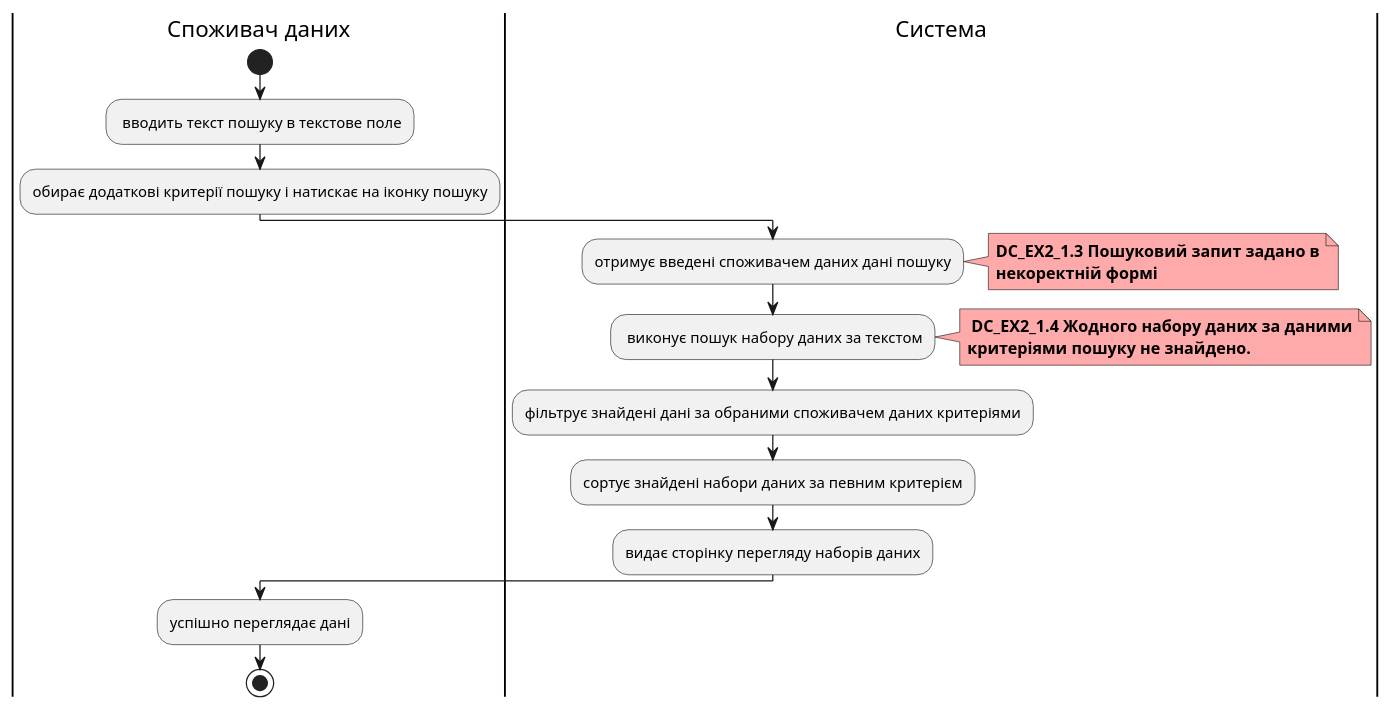
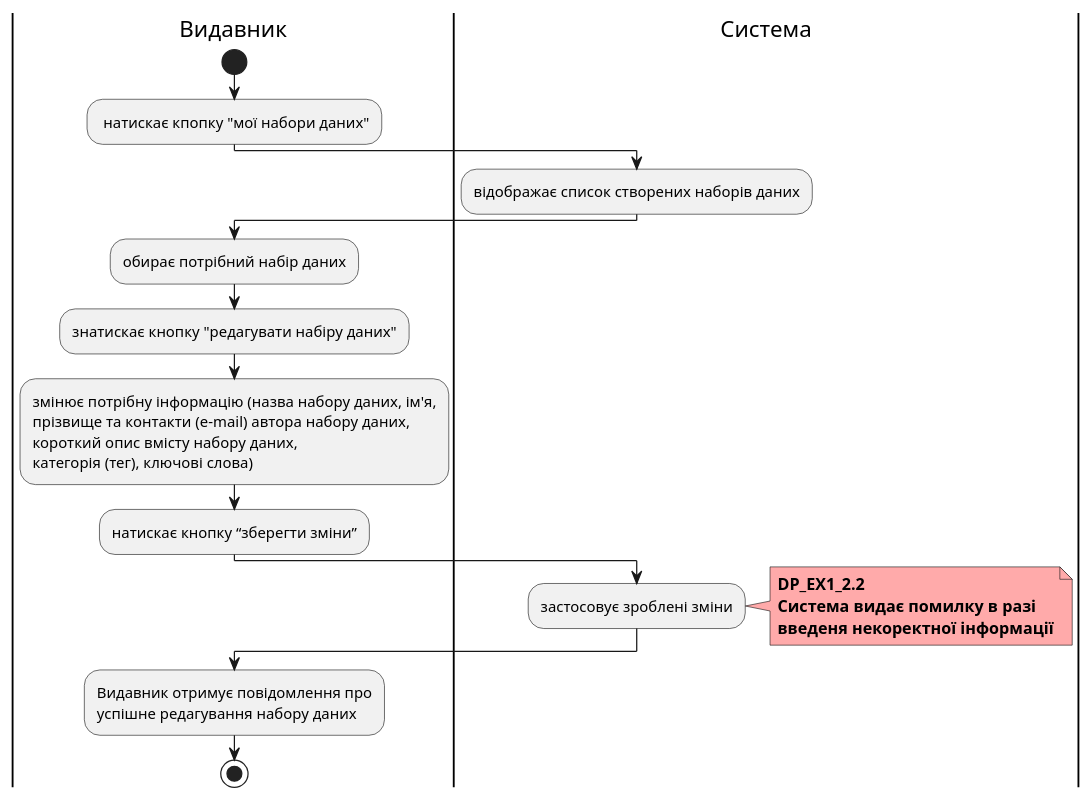
One commit to boldak/edu-db-cw changed the second of 8 diagrams in docs/use cases/DataPublisher.md. Above: the diagram before and after it, drawn with PlantUML. The commit also changed other lines of this file and 1 other file, not shown here.

```diff
--- a/docs/use cases/DataPublisher.md
+++ b/docs/use cases/DataPublisher.md
@@ -173,25 +74,28 @@
 @startuml
 
-    |Споживач даних|
+    |Видавник|
         start
-        : вводить текст пошуку в текстове поле;
-        :обирає додаткові критерії пошуку і натискає на іконку пошуку;
+        : натискає кпопку "мої набори даних";
     |Система|
-        :отримує введені споживачем даних дані пошуку;
+        :відображає список створених наборів даних;
+    |Видавник|
+        :обирає потрібний набір даних;
+        :знатискає кнопку "редагувати набіру даних";
+        :змінює потрібну інформацію (назва набору даних, ім'я,
+        прізвище та контакти (e-mail) автора набору даних,
+        короткий опис вмісту набору даних,
+        категорія (тег), ключові слова);
+        :натискає кнопку “зберегти зміни”;
+    |Система|
+        :застосовує зроблені зміни;  
         note right #ffaaaa
-        <b>DС_EX2_1.3 Пошуковий запит задано в
-        <b>некоректній формі
+        <b>DP_EX1_2.2
+        <b>Система видає помилку в разі
+        <b>введеня некоректної інформації
         end note
-        : виконує пошук набору даних за текстом;
-        note right #ffaaaa
-        <b> DС_EX2_1.4 Жодного набору даних за даними
-        <b>критеріями пошуку не знайдено.
-        end note
-        :фільтрує знайдені дані за обраними споживачем даних критеріями;
-        :сортує знайдені набори даних за певним критерієм;
-        :видає сторінку перегляду наборiв даних;
-    |Споживач даних|
-        :успішно переглядає дані;
+    |Видавник|
+        :Видавник отримує повідомлення про
+        успішне редагування набору даних;
         stop;
 
 @enduml
```
